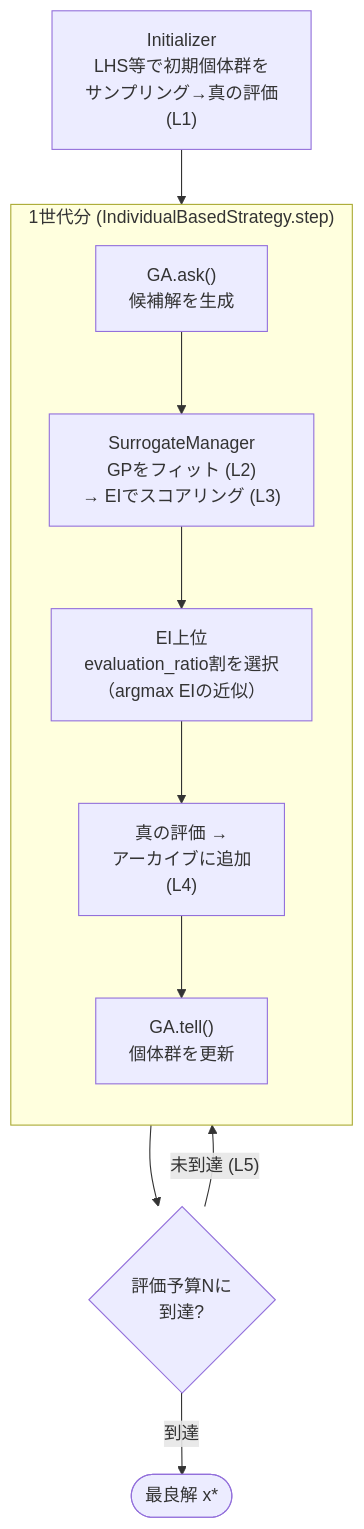
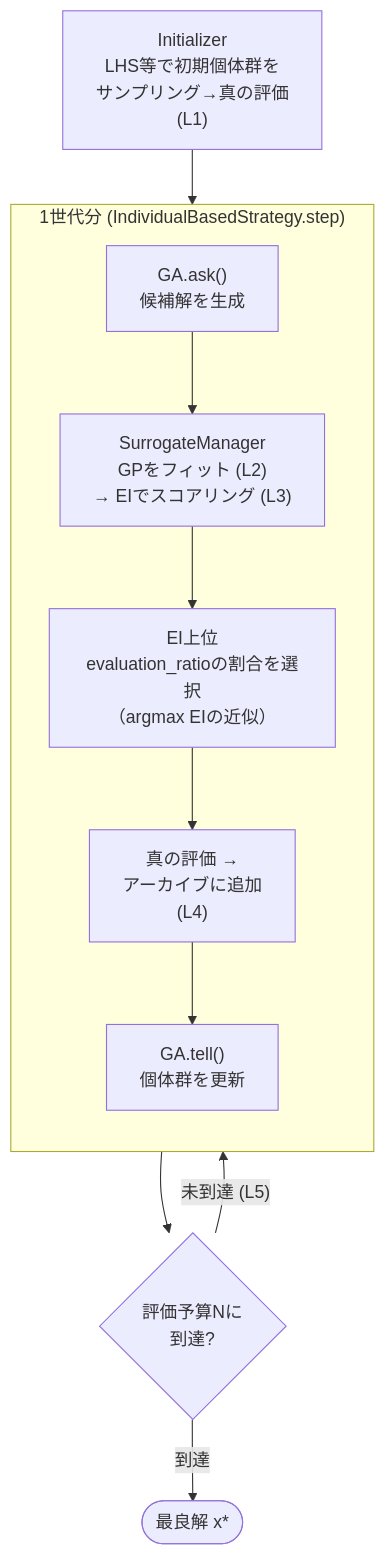
One commit to shlka/saealib changed the diagram in docs/algorithms/ego.md. Above: the diagram before and after it, drawn with Mermaid. The commit also changed other lines of this file and 9 other files, not shown here.

````diff
--- a/docs/algorithms/ego.md
+++ b/docs/algorithms/ego.md
@@ -58,14 +58,14 @@
 ```{mermaid}
 flowchart TD
     INIT["Initializer<br/>LHS等で初期個体群を<br/>サンプリング→真の評価<br/>(L1)"] --> ASK
     subgraph GEN["1世代分 (IndividualBasedStrategy.step)"]
         direction TB
         ASK["GA.ask()<br/>候補解を生成"] --> SCORE["SurrogateManager<br/>GPをフィット (L2)<br/>→ EIでスコアリング (L3)"]
-        SCORE --> SORT["EI上位<br/>evaluation_ratio割を選択<br/>（argmax EIの近似）"]
+        SCORE --> SORT["EI上位<br/>evaluation_ratioの割合を選択<br/>（argmax EIの近似）"]
         SORT --> EVAL["真の評価 →<br/>アーカイブに追加<br/>(L4)"]
         EVAL --> TELL["GA.tell()<br/>個体群を更新"]
     end
     GEN --> TERM{"評価予算Nに<br/>到達?"}
     TERM -- "未到達 (L5)" --> ASK
     TERM -- "到達" --> RESULT(["最良解 x*"])
 ```
````
